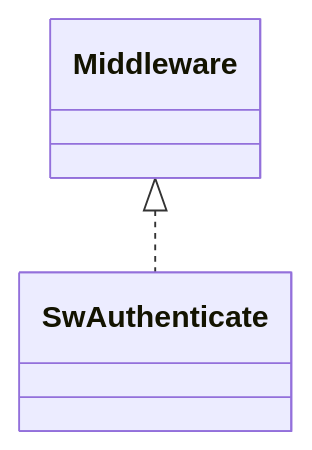
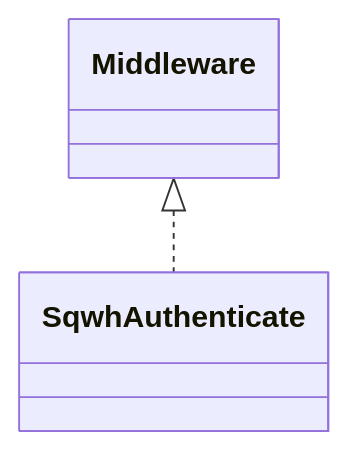
Before and after one commit to MichinobuMaeda/squirrelwheel: the fourth of 8 diagrams in README.md, drawn with Mermaid. The commit also changed other lines of this file and 8 other files, not shown here.

````diff
--- a/README.md
+++ b/README.md
@@ -173,4 +173,4 @@
 ```mermaid
 classDiagram
-Middleware <|.. SwAuthenticate
+Middleware <|.. SqwhAuthenticate
 ```
````
